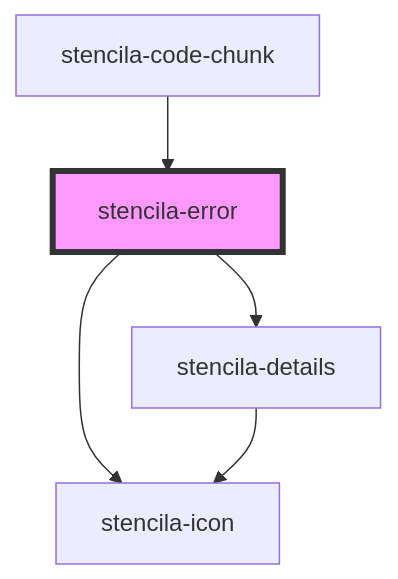
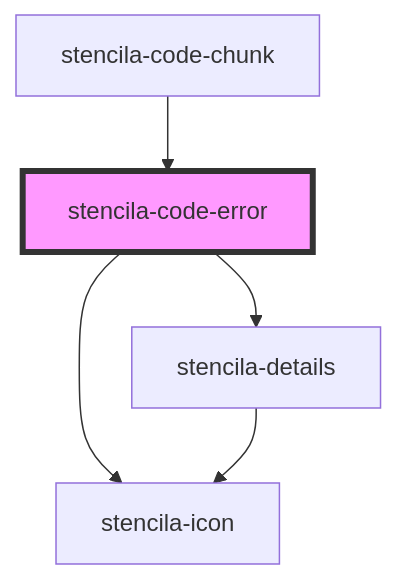
One commit to stencila/designa changed the diagram in packages/components/src/components/error/readme.md. Above: the diagram before and after it, drawn with Mermaid. The commit also changed 8 other files, not shown here.

Commit message:
feat(CodeChunk): Add ability to change programming language

````diff
--- a/packages/components/src/components/error/readme.md
+++ b/packages/components/src/components/error/readme.md
@@ -27,8 +27,8 @@
 ```mermaid
 graph TD;
-  stencila-error --> stencila-icon
-  stencila-error --> stencila-details
+  stencila-code-error --> stencila-icon
+  stencila-code-error --> stencila-details
   stencila-details --> stencila-icon
-  stencila-code-chunk --> stencila-error
-  style stencila-error fill:#f9f,stroke:#333,stroke-width:4px
+  stencila-code-chunk --> stencila-code-error
+  style stencila-code-error fill:#f9f,stroke:#333,stroke-width:4px
 ```
````
